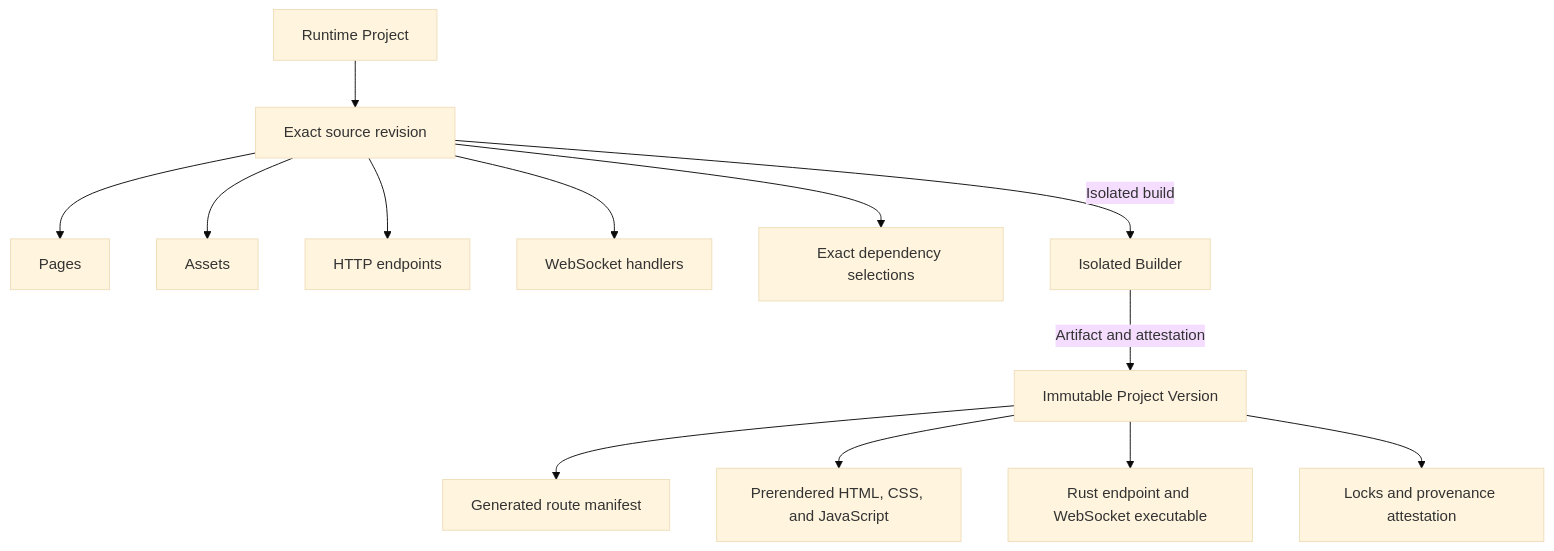
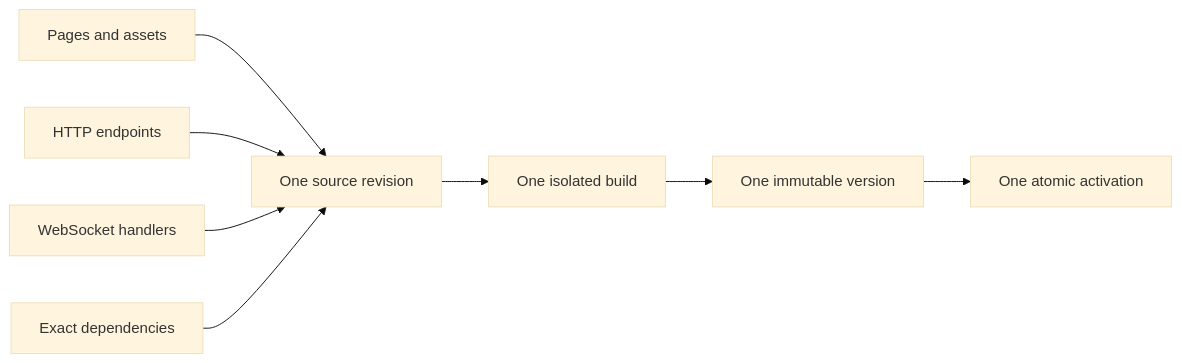
One commit to TheShimpz/shimpz-runtime changed the second of 2 diagrams in DESIGN.md. Above: the diagram before and after it, drawn with Mermaid (base theme). The commit also changed other lines of this file and 1 other file, not shown here.

Commit message:
docs: simplify runtime visual design

````diff
--- a/DESIGN.md
+++ b/DESIGN.md
@@ -119,29 +68,17 @@
 ```mermaid
-flowchart TB
-    Project["Runtime Project"]
-    Revision["Exact source revision"]
-    Pages["Pages"]
-    Assets["Assets"]
-    Endpoints["HTTP endpoints"]
-    Sockets["WebSocket handlers"]
-    Locks["Exact dependency selections"]
-    Builder["Isolated Builder"]
-    Version["Immutable Project Version"]
-    Manifest["Generated route manifest"]
-    Static["Prerendered HTML, CSS, and JavaScript"]
-    Backend["Rust endpoint and WebSocket executable"]
-    Provenance["Locks and provenance attestation"]
+flowchart LR
+    Pages["Pages and assets"]
+    Http["HTTP endpoints"]
+    Ws["WebSocket handlers"]
+    Deps["Exact dependencies"]
+    Source["One source revision"]
+    Build["One isolated build"]
+    Version["One immutable version"]
+    Active["One atomic activation"]
 
-    Project --> Revision
-    Revision --> Pages
-    Revision --> Assets
-    Revision --> Endpoints
-    Revision --> Sockets
-    Revision --> Locks
-    Revision -->|"Isolated build"| Builder
-    Builder -->|"Artifact and attestation"| Version
-    Version --> Manifest
-    Version --> Static
-    Version --> Backend
-    Version --> Provenance
+    Pages --> Source
+    Http --> Source
+    Ws --> Source
+    Deps --> Source
+    Source --> Build --> Version --> Active
 ```
````
